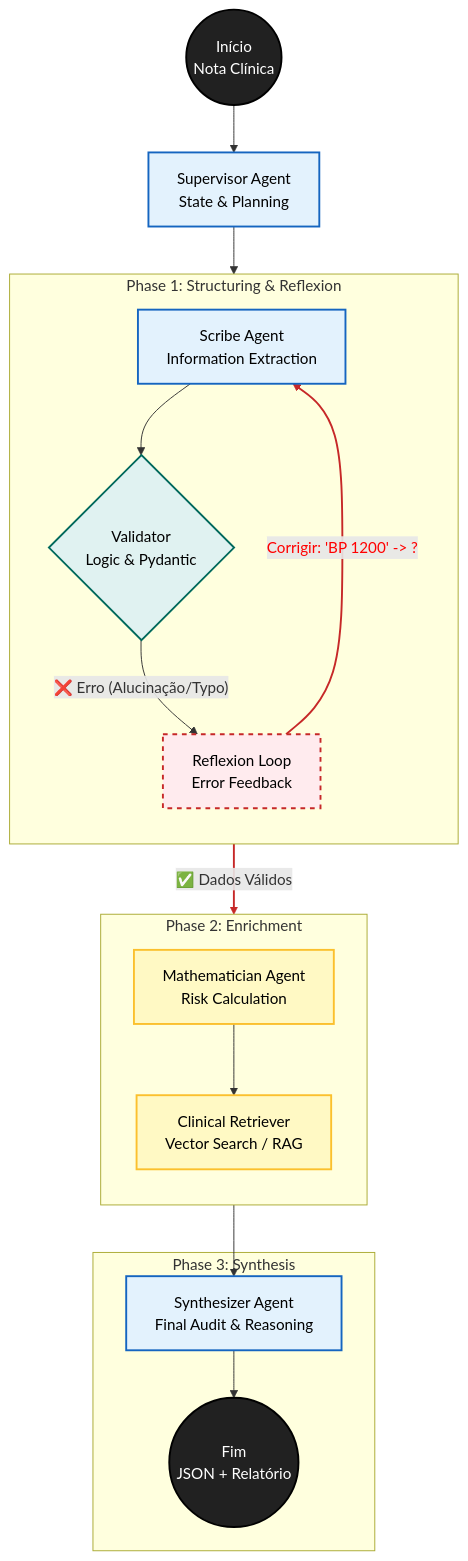
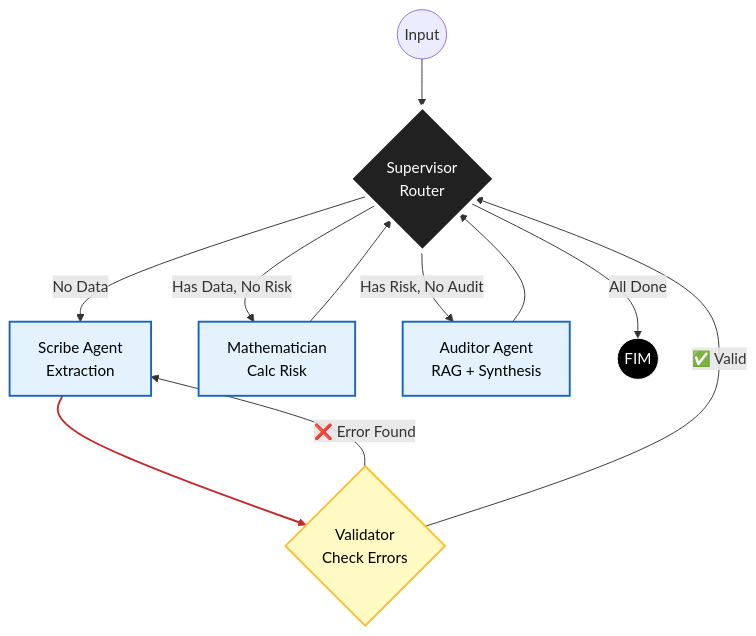
Before and after one commit to olavodd42/trialogic: the diagram in diagram.md, drawn with Mermaid. The commit also changed 9 other files, not shown here.

Commit message:
feat: Refatora fluxo de trabalho e adiciona novos nós para auditoria clínica e recuperação de dados

````diff
--- a/diagram.md
+++ b/diagram.md
@@ -1,56 +1,37 @@
 ```mermaid
 graph TD
-    %% --- ESTILOS ---
-    classDef startend fill:#212121,stroke:#000,stroke-width:2px,color:#fff;
+    %% Estilos
+    classDef hub fill:#212121,stroke:#fff,stroke-width:4px,color:#fff;
     classDef agent fill:#e3f2fd,stroke:#1565c0,stroke-width:2px,color:#000;
-    classDef function fill:#fff9c4,stroke:#fbc02d,stroke-width:2px,color:#000;
-    classDef guardrail fill:#ffebee,stroke:#c62828,stroke-width:2px,stroke-dasharray: 5 5,color:#000;
-    classDef router fill:#e0f2f1,stroke:#00695c,stroke-width:2px,shape:rhombus,color:#000;
+    classDef check fill:#fff9c4,stroke:#fbc02d,stroke-width:2px,color:#000;
+    classDef endnode fill:#000,stroke:#fff,color:#fff;
 
-    %% --- NÓS ---
-    Start((Início<br>Nota Clínica)):::startend
+    Start((Input)) --> Supervisor
+
+    %% O Hub Central
+    Supervisor{Supervisor<br>Router}:::hub
+
+    %% Os Agentes
+    Scribe[Scribe Agent<br>Extraction]:::agent
+    Validator{Validator<br>Check Errors}:::check
+    Mathematician[Mathematician<br>Calc Risk]:::agent
+    Auditor[Auditor Agent<br>RAG + Synthesis]:::agent
     
-    %% O Cérebro
-    Supervisor[Supervisor Agent<br>State & Planning]:::agent
+    %% O Fluxo Controlado pelo Supervisor
+    Supervisor -- "No Data" --> Scribe
+    Supervisor -- "Has Data, No Risk" --> Mathematician
+    Supervisor -- "Has Risk, No Audit" --> Auditor
+    Supervisor -- "All Done" --> End((FIM)):::endnode
 
-    %% FASE 1: ESTRUTURAÇÃO & REFLEXÃO
-    subgraph "Phase 1: Structuring & Reflexion"
-        direction TB
-        Scribe[Scribe Agent<br>Information Extraction]:::agent
-        Validator{Validator<br>Logic & Pydantic}:::router
-        Retry[Reflexion Loop<br>Error Feedback]:::guardrail
-    end
+    %% O Loop de Validação (A única aresta que foge do Supervisor)
+    Scribe --> Validator
+    Validator -- "❌ Error Found" --> Scribe
+    Validator -- "✅ Valid" --> Supervisor
 
-    %% FASE 2: ENRIQUECIMENTO (FERRAMENTAS)
-    subgraph "Phase 2: Enrichment"
-        direction TB
-        Mathematician[Mathematician Agent<br>Risk Calculation]:::function
-        ClinicalRAG[Clinical Retriever<br>Vector Search / RAG]:::function
-    end
+    %% Retornos ao Hub
+    Mathematician --> Supervisor
+    Auditor --> Supervisor
 
-    %% FASE 3: SÍNTESE FINAL
-    subgraph "Phase 3: Synthesis"
-        Synthesizer[Synthesizer Agent<br>Final Audit & Reasoning]:::agent
-        Output((Fim<br>JSON + Relatório)):::startend
-    end
-
-    %% --- CONEXÕES ---
-    Start --> Supervisor
-    Supervisor --> Scribe
-    
-    %% O Ciclo de Auto-Correção (O "Pulo do Gato" Acadêmico)
-    Scribe --> Validator
-    Validator -- "❌ Erro (Alucinação/Typo)" --> Retry
-    Retry -- "Corrigir: 'BP 1200' -> ?" --> Scribe
-    
-    %% Fluxo de Sucesso
-    Validator -- "✅ Dados Válidos" --> Mathematician
-    Mathematician --> ClinicalRAG
-    ClinicalRAG --> Synthesizer
-    
-    Synthesizer --> Output
-
-    %% --- ANOTAÇÕES TÉCNICAS ---
-    linkStyle 4 stroke:#c62828,stroke-width:2px,color:red;
+    %% Links de Estilo
     linkStyle 5 stroke:#c62828,stroke-width:2px;
 ```
````
